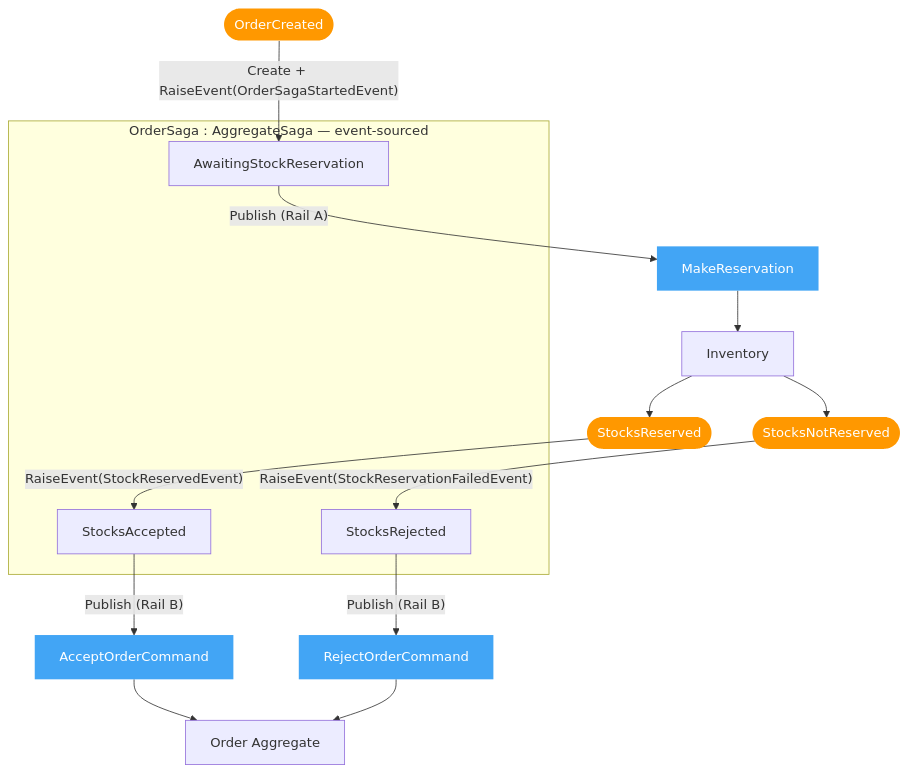
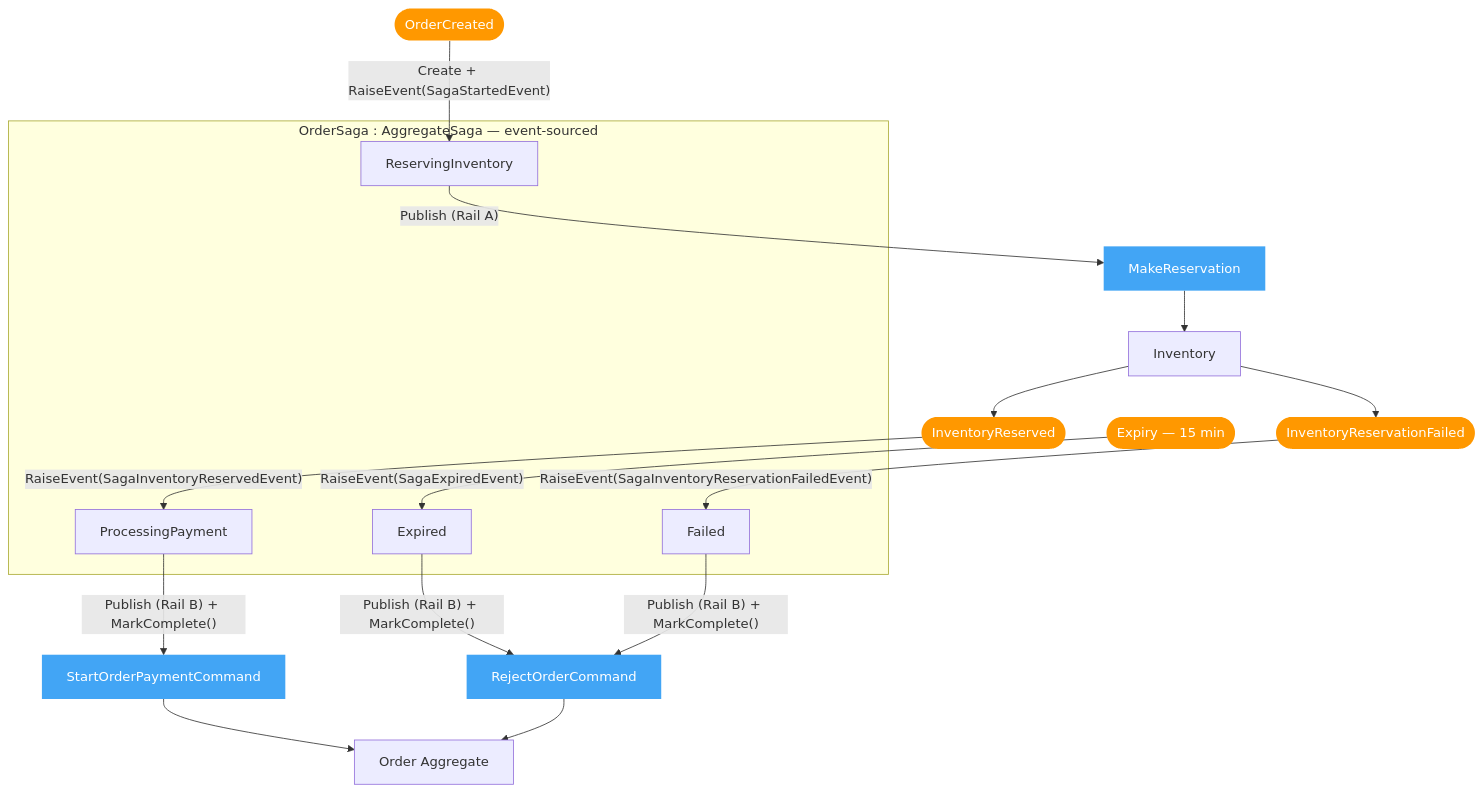
Before and after one commit to mnnam1302/EShop: the sixth of 12 diagrams in Order/src/EShop.Order.API/README.md, drawn with Mermaid. The commit also changed other lines of this file and 10 other files, not shown here.

````diff
--- a/Order/src/EShop.Order.API/README.md
+++ b/Order/src/EShop.Order.API/README.md
@@ -176,21 +191,24 @@
 ```mermaid
 flowchart TB
     classDef event   fill:#ff9800,color:#fff,stroke:none
     classDef command fill:#42a5f5,color:#fff,stroke:none
     classDef pm      fill:#ce93d8,color:#000,stroke:#7b1fa2,stroke-width:2px
 
     subgraph PM["OrderSaga : AggregateSaga — event-sourced"]
-        S1["AwaitingStockReservation"]
-        S2["StocksAccepted"]
-        S3["StocksRejected"]
+        S1["ReservingInventory"]
+        S2["ProcessingPayment"]
+        S3["Failed"]
+        S4["Expired"]
     end
 
-    E1([OrderCreated]):::event -->|"Create + RaiseEvent(OrderSagaStartedEvent)"| S1
+    E1([OrderCreated]):::event -->|"Create + RaiseEvent(SagaStartedEvent)"| S1
     S1 -->|"Publish (Rail A)"| C1[MakeReservation]:::command --> INV["Inventory"]
 
-    INV --> E2([StocksReserved]):::event -->|"RaiseEvent(StockReservedEvent)"| S2
-    INV --> E3([StocksNotReserved]):::event -->|"RaiseEvent(StockReservationFailedEvent)"| S3
+    INV --> E2([InventoryReserved]):::event -->|"RaiseEvent(SagaInventoryReservedEvent)"| S2
+    INV --> E3([InventoryReservationFailed]):::event -->|"RaiseEvent(SagaInventoryReservationFailedEvent)"| S3
+    E4([Expiry — 15 min]):::event -->|"RaiseEvent(SagaExpiredEvent)"| S4
 
-    S2 -->|"Publish (Rail B)"| C2[AcceptOrderCommand]:::command --> OA["Order Aggregate"]
-    S3 -->|"Publish (Rail B)"| C3[RejectOrderCommand]:::command --> OA
+    S2 -->|"Publish (Rail B) + MarkComplete()"| C2[StartOrderPaymentCommand]:::command --> OA["Order Aggregate"]
+    S3 -->|"Publish (Rail B) + MarkComplete()"| C3[RejectOrderCommand]:::command --> OA
+    S4 -->|"Publish (Rail B) + MarkComplete()"| C3
 ```
````
